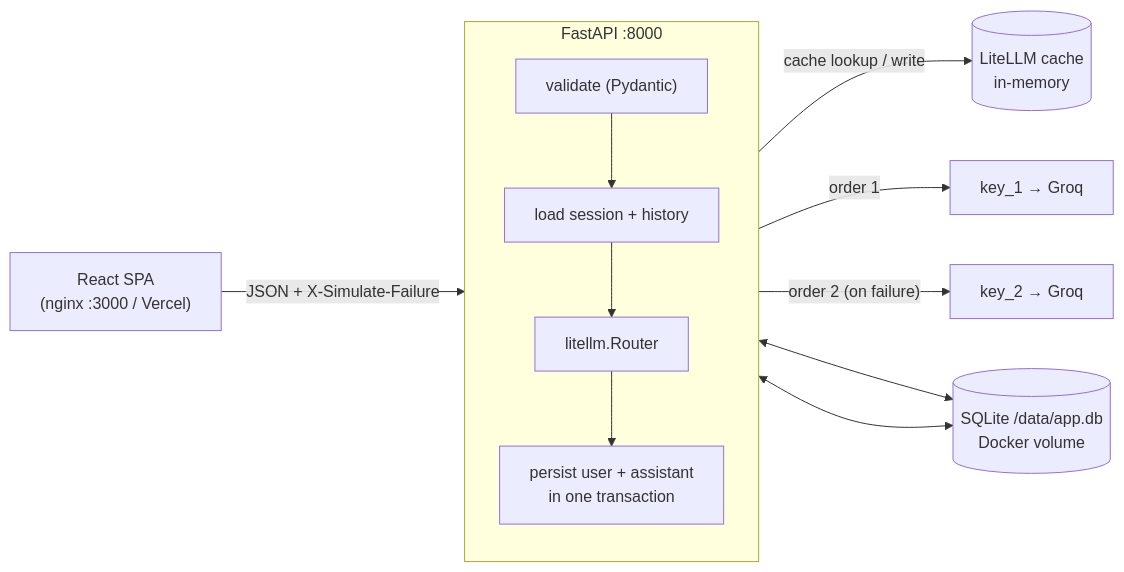
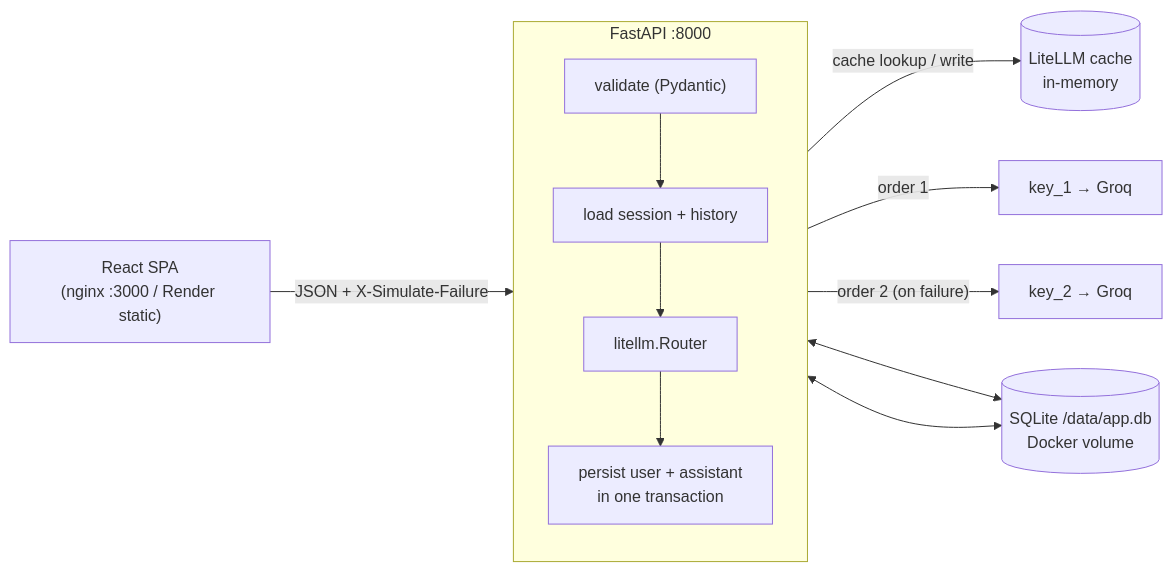
Before and after one commit to Snakemaster72/lyftr_assignment: the diagram in README.md, drawn with Mermaid. The commit also changed other lines of this file and 2 other files, not shown here.

Commit message:
M6: Render Blueprint (Docker backend + static frontend), README hosting trade-offs, real-key verify.sh results

````diff
--- a/README.md
+++ b/README.md
@@ -71,14 +71,14 @@
 ```mermaid
 flowchart LR
-  UI["React SPA<br/>(nginx :3000 / Vercel)"] -- "JSON + X-Simulate-Failure" --> API
+  UI["React SPA<br/>(nginx :3000 / Render static)"] -- "JSON + X-Simulate-Failure" --> API
   subgraph API["FastAPI :8000"]
     direction TB
     V["validate (Pydantic)"] --> H["load session + history"]
     H --> R["litellm.Router"]
     R --> P["persist user + assistant<br/>in one transaction"]
   end
   R -- "cache lookup / write" --> C[("LiteLLM cache<br/>in-memory")]
   R -- "order 1" --> K1["key_1 → Groq"]
   R -- "order 2 (on failure)" --> K2["key_2 → Groq"]
   H & P <--> DB[("SQLite /data/app.db<br/>Docker volume")]
 ```
````
